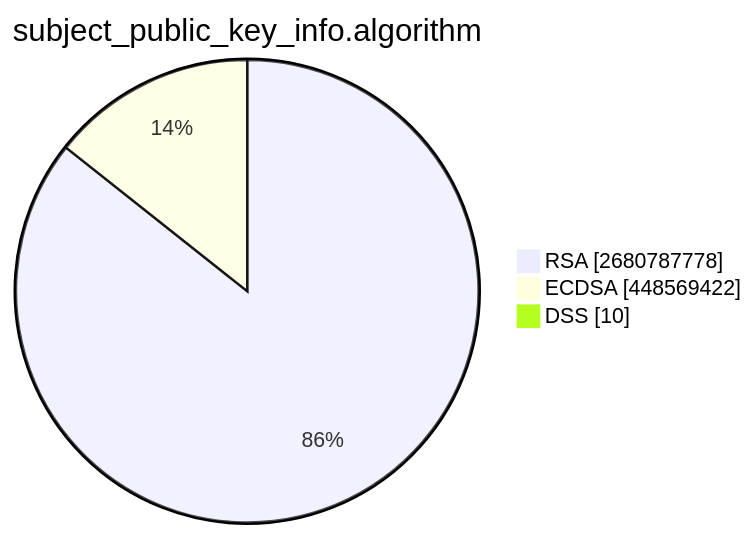
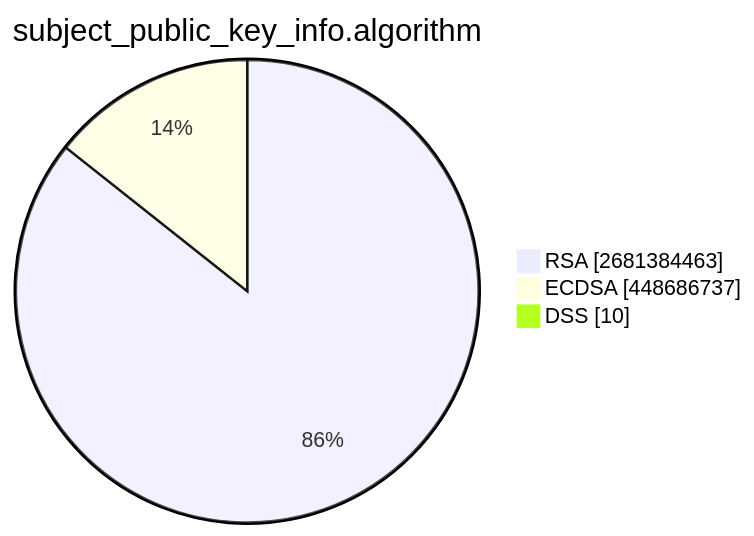
One commit to christiankrug/ctmonitor_visualization changed the second of 15 diagrams in TOTAL/README.md. Above: the diagram before and after it, drawn with Mermaid. The commit also changed other lines of this file, not shown here.

````diff
--- a/TOTAL/README.md
+++ b/TOTAL/README.md
@@ -6,7 +6,7 @@
 ```mermaid
 pie showData
 title subject_public_key_info.algorithm
-"RSA" :2680787778
-"ECDSA" :448569422
+"RSA" :2681384463
+"ECDSA" :448686737
 "DSS" :10
 ```
````
